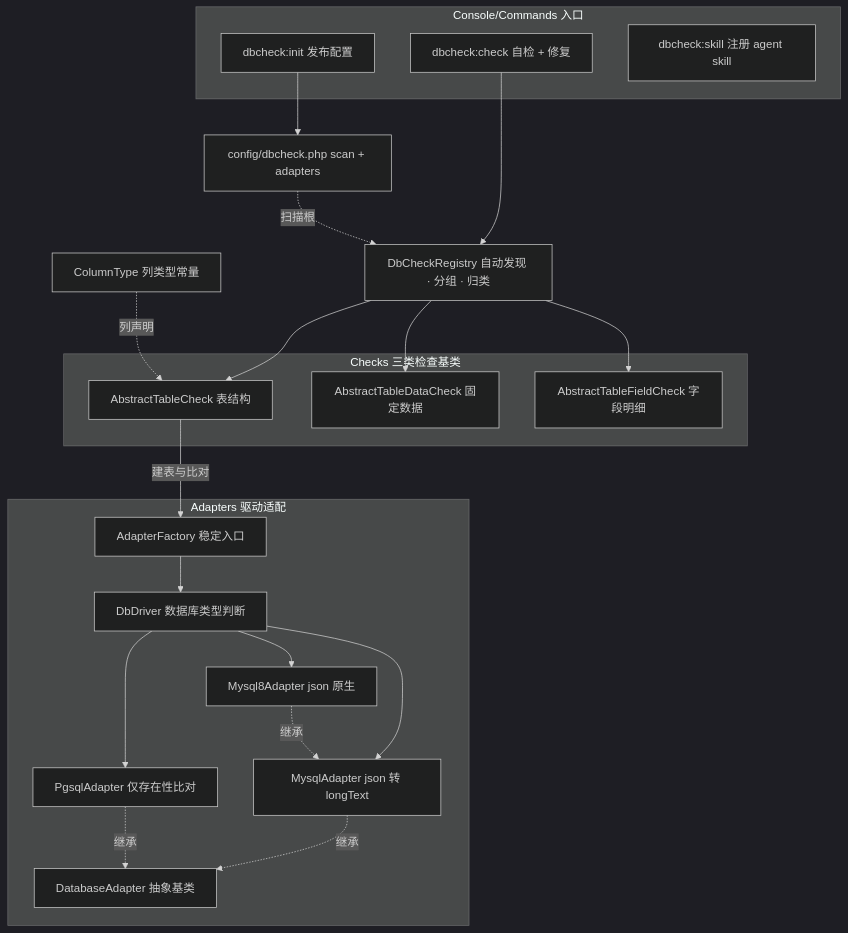
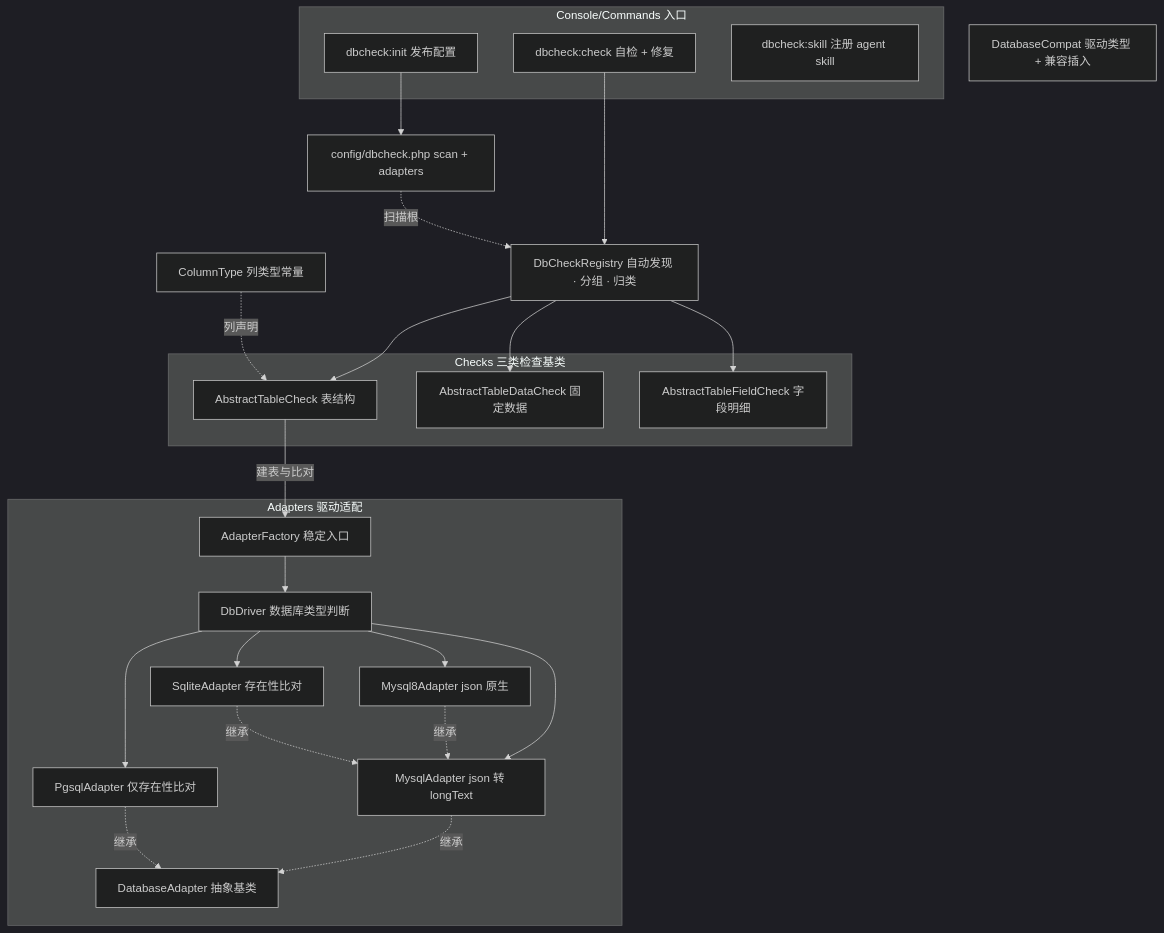
The diagram in AGENTS.md (dongasai/dbcheck), drawn with Mermaid (dark theme) before and after one commit. The commit also changed other lines of this file and 30 other files, not shown here.

````diff
--- a/AGENTS.md
+++ b/AGENTS.md
@@ -11,42 +11,46 @@
 ```mermaid
 flowchart TD
     subgraph Commands["Console/Commands 入口"]
         CHECK["dbcheck:check 自检 + 修复"]
         INIT["dbcheck:init 发布配置"]
         SKILL["dbcheck:skill 注册 agent skill"]
     end
 
     REG["DbCheckRegistry 自动发现 · 分组 · 归类"]
 
     subgraph ChecksThree["Checks 三类检查基类"]
         TABLE["AbstractTableCheck 表结构"]
         DATA["AbstractTableDataCheck 固定数据"]
         FIELD["AbstractTableFieldCheck 字段明细"]
     end
 
     subgraph Adapters["Adapters 驱动适配"]
         FACTORY["AdapterFactory 稳定入口"]
         DBDRIVER["DbDriver 数据库类型判断"]
         M8["Mysql8Adapter json 原生"]
         MY["MysqlAdapter json 转 longText"]
         PG["PgsqlAdapter 仅存在性比对"]
+        SQ["SqliteAdapter 存在性比对"]
         BASE["DatabaseAdapter 抽象基类"]
     end
 
     CFG["config/dbcheck.php scan + adapters"]
     CT["ColumnType 列类型常量"]
+    COMPAT["DatabaseCompat 驱动类型 + 兼容插入"]
 
     CHECK --> REG
     REG --> TABLE & DATA & FIELD
     TABLE -- 建表与比对 --> FACTORY
     FACTORY --> DBDRIVER
     DBDRIVER --> M8
     DBDRIVER --> MY
     DBDRIVER --> PG
+    DBDRIVER --> SQ
     M8 -. 继承 .-> MY
     MY -. 继承 .-> BASE
     PG -. 继承 .-> BASE
+    SQ -. 继承 .-> MY
     INIT --> CFG
     CFG -. 扫描根 .-> REG
     CT -. 列声明 .-> TABLE
 ```
````
